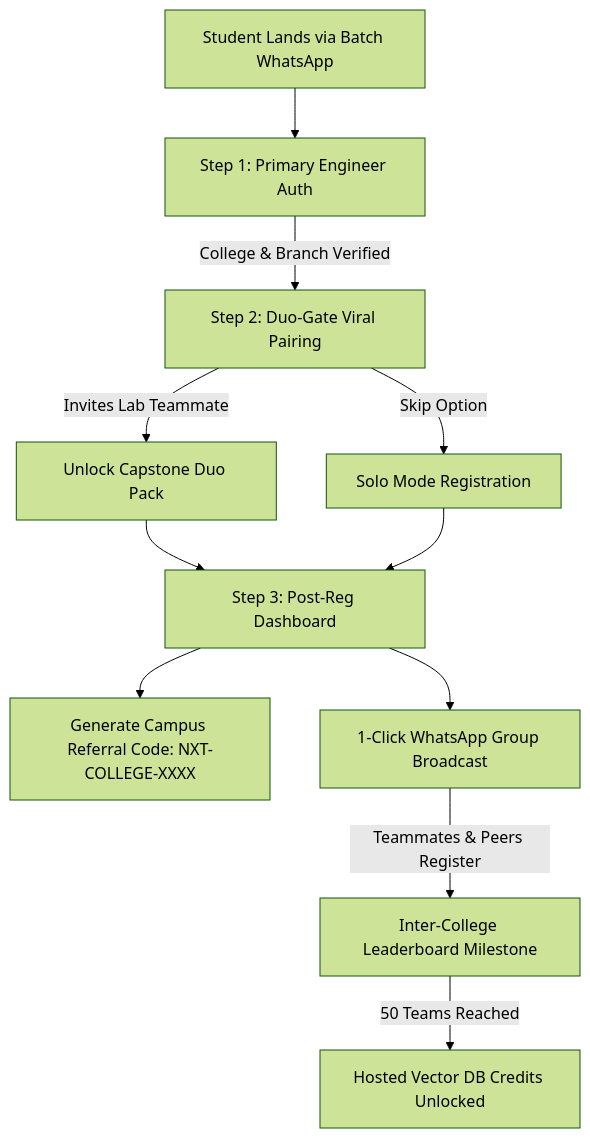
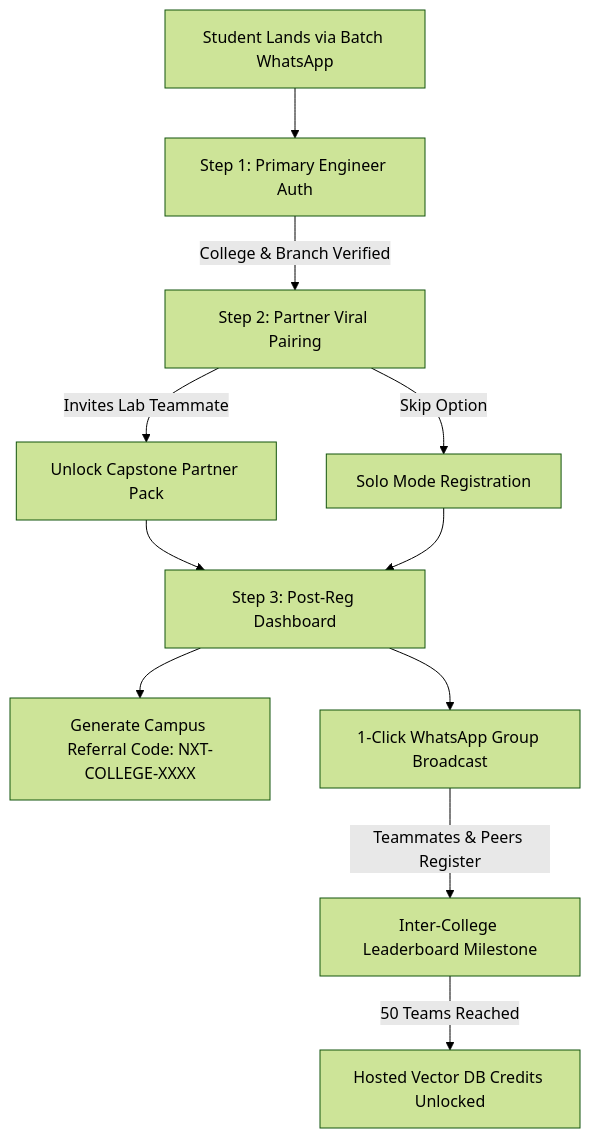
The diagram in README.md (Manasa-204/DuoGate), drawn with Mermaid (forest theme) before and after one commit. The commit also changed other lines of this file and 21 other files, not shown here.

````diff
--- a/README.md
+++ b/README.md
@@ -27,13 +27,13 @@
 ```mermaid
 graph TD
     A[Student Lands via Batch WhatsApp] --> B[Step 1: Primary Engineer Auth]
-    B -->|College & Branch Verified| C[Step 2: Duo-Gate Viral Pairing]
-    C -->|Invites Lab Teammate| D[Unlock Capstone Duo Pack]
+    B -->|College & Branch Verified| C[Step 2: Partner Viral Pairing]
+    C -->|Invites Lab Teammate| D[Unlock Capstone Partner Pack]
     C -->|Skip Option| E[Solo Mode Registration]
     D --> F[Step 3: Post-Reg Dashboard]
     E --> F
     F --> G[Generate Campus Referral Code: NXT-COLLEGE-XXXX]
     F --> H[1-Click WhatsApp Group Broadcast]
     H -->|Teammates & Peers Register| I[Inter-College Leaderboard Milestone]
     I -->|50 Teams Reached| J[Hosted Vector DB Credits Unlocked]
 ```
````
